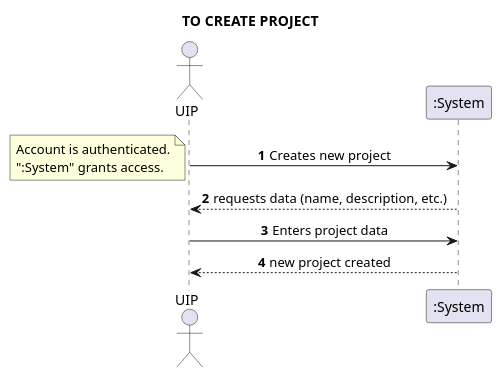
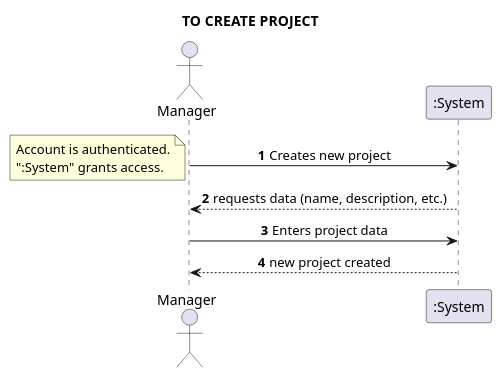
Before and after one commit to Loracline/project_switch_22-23: the ninth of 26 diagrams in docs/requirements_gathering/system_sequence_diagrams/System_Sequence_Diagram.puml, drawn with PlantUML. The commit also changed other lines of this file and 11 other files, not shown here.

```diff
--- a/docs/requirements_gathering/system_sequence_diagrams/System_Sequence_Diagram.puml
+++ b/docs/requirements_gathering/system_sequence_diagrams/System_Sequence_Diagram.puml
@@ -141,14 +141,14 @@
 @startuml
 skinparam sequenceMessageAlign center
 title TO CREATE PROJECT
 autonumber
-actor UIP
-UIP -> ":System": Creates new project
+actor "Manager"
+"Manager" -> ":System": Creates new project
 note left
 Account is authenticated.
 ":System" grants access.
 end note
-UIP <-- ":System": requests data (name, description, etc.)
-UIP -> ":System":  Enters project data
-UIP <-- ":System": new project created
+"Manager" <-- ":System": requests data (name, description, etc.)
+"Manager" -> ":System":  Enters project data
+"Manager" <-- ":System": new project created
 @enduml
```
